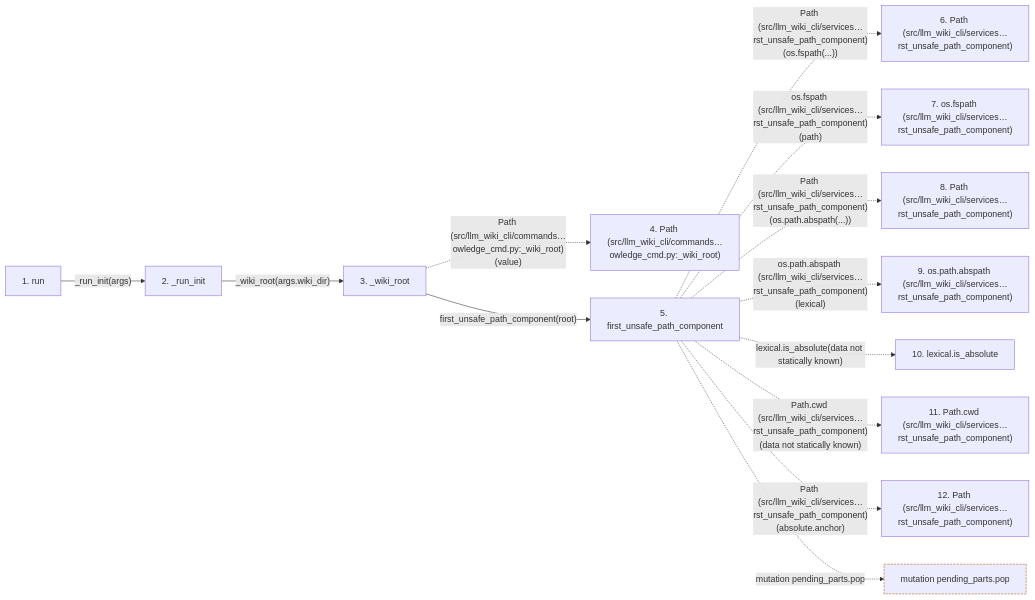
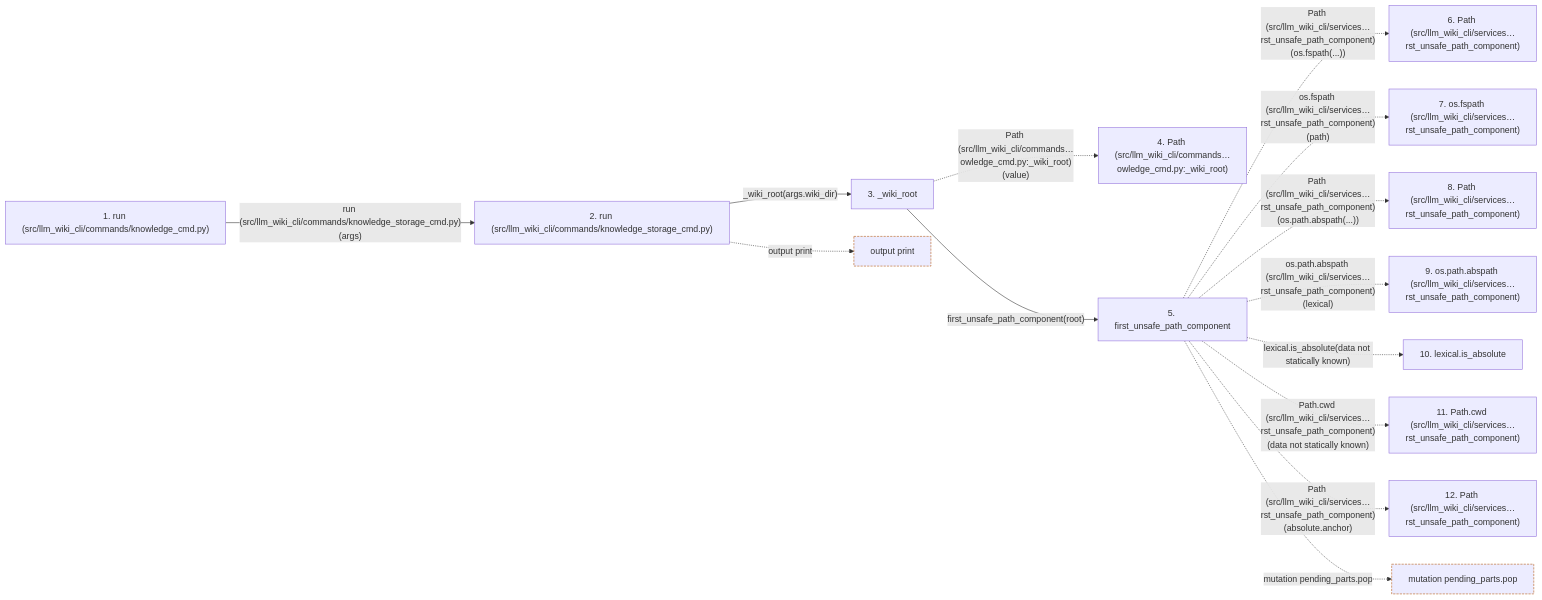
The second of 2 diagrams in docs/llm_wiki/flows/api-run-knowledge_cmd.md (Denissvgn/python-wiki-llm), drawn with Mermaid before and after one commit. The commit also changed other lines of this file and 6245 other files, not shown here.

Commit message:
Refresh wiki for sharded storage and cover Git size boundaries

````diff
--- a/docs/llm_wiki/flows/api-run-knowledge_cmd.md
+++ b/docs/llm_wiki/flows/api-run-knowledge_cmd.md
@@ -118,34 +125,37 @@
 ```mermaid
 flowchart LR
-    s1["1. run"]
-    s2["2. _run_init"]
+    s1["1. run (src/llm_wiki_cli/commands/knowledge_cmd.py)"]
+    s2["2. run (src/llm_wiki_cli/commands/knowledge_storage_cmd.py)"]
     s3["3. _wiki_root"]
     s4["4. Path (src/llm_wiki_cli/commands…owledge_cmd.py:_wiki_root)"]
     s5["5. first_unsafe_path_component"]
     s6["6. Path (src/llm_wiki_cli/services…rst_unsafe_path_component)"]
     s7["7. os.fspath (src/llm_wiki_cli/services…rst_unsafe_path_component)"]
     s8["8. Path (src/llm_wiki_cli/services…rst_unsafe_path_component)"]
     s9["9. os.path.abspath (src/llm_wiki_cli/services…rst_unsafe_path_component)"]
     s10["10. lexical.is_absolute"]
     s11["11. Path.cwd (src/llm_wiki_cli/services…rst_unsafe_path_component)"]
     s12["12. Path (src/llm_wiki_cli/services…rst_unsafe_path_component)"]
-    s1 -->|"_run_init(args)"| s2
+    s1 -->|"run (src/llm_wiki_cli/commands/knowledge_storage_cmd.py)(args)"| s2
     s2 -->|"_wiki_root(args.wiki_dir)"| s3
     s3 -. "Path (src/llm_wiki_cli/commands…owledge_cmd.py:_wiki_root)(value)" .-> s4
     s3 -->|"first_unsafe_path_component(root)"| s5
     s5 -. "Path (src/llm_wiki_cli/services…rst_unsafe_path_component)(os.fspath(...))" .-> s6
     s5 -. "os.fspath (src/llm_wiki_cli/services…rst_unsafe_path_component)(path)" .-> s7
     s5 -. "Path (src/llm_wiki_cli/services…rst_unsafe_path_component)(os.path.abspath(...))" .-> s8
     s5 -. "os.path.abspath (src/llm_wiki_cli/services…rst_unsafe_path_component)(lexical)" .-> s9
     s5 -. "lexical.is_absolute(data not statically known)" .-> s10
     s5 -. "Path.cwd (src/llm_wiki_cli/services…rst_unsafe_path_component)(data not statically known)" .-> s11
     s5 -. "Path (src/llm_wiki_cli/services…rst_unsafe_path_component)(absolute.anchor)" .-> s12
-    b0["mutation pending_parts.pop"]
-    s5 -. "mutation pending_parts.pop" .-> b0
+    b0["output print"]
+    s2 -. "output print" .-> b0
+    b1["mutation pending_parts.pop"]
+    s5 -. "mutation pending_parts.pop" .-> b1
     click s1 "../modules/knowledge_cmd.md"
-    click s2 "../modules/knowledge_cmd.md"
+    click s2 "../modules/knowledge_storage_cmd.md"
     click s3 "../modules/knowledge_cmd.md"
     click s5 "../modules/io.md"
     classDef boundary stroke:#b45309,stroke-dasharray: 4 2
     class b0 boundary
+    class b1 boundary
 ```
````
